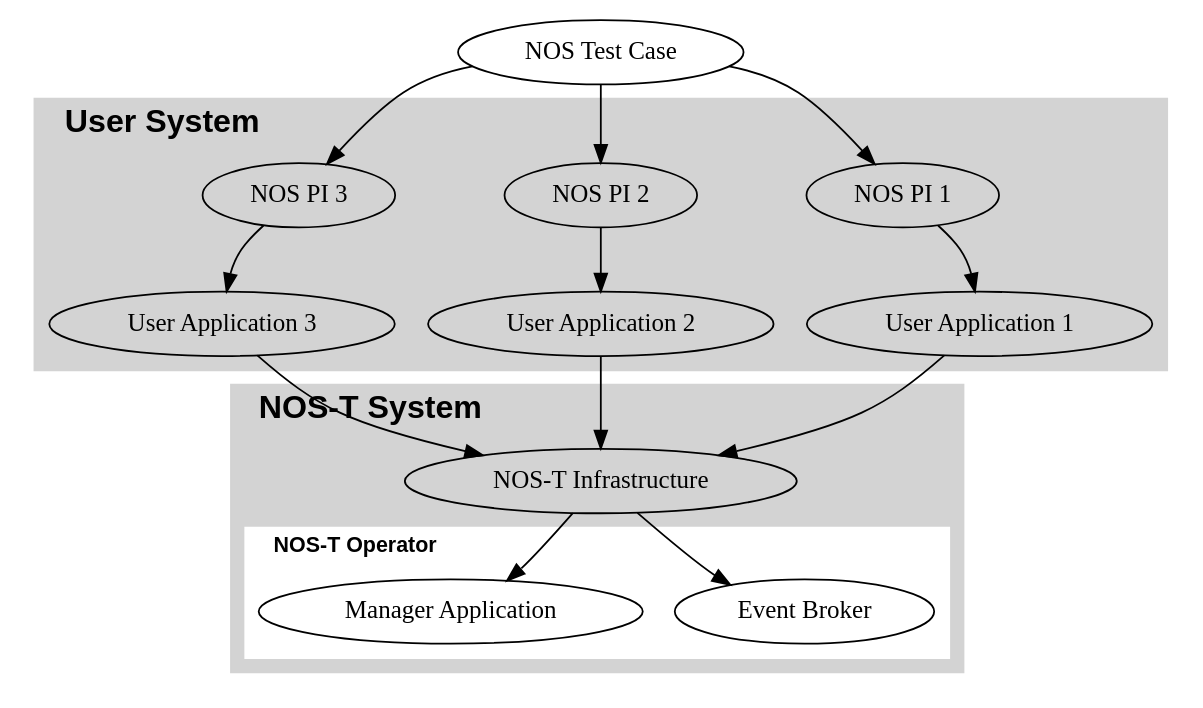
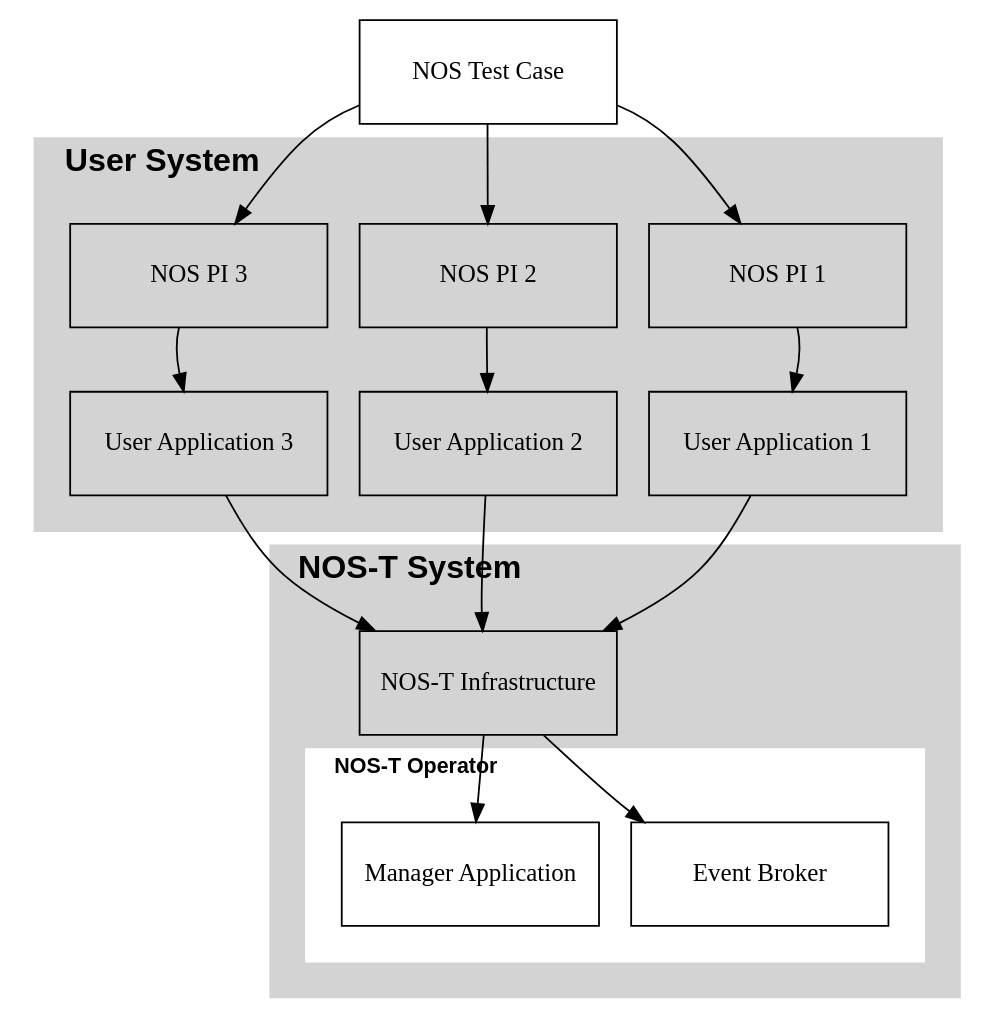
Before and after one commit to code-lab-org/nost-tools: the diagram in docs/source/index.rst, drawn with Graphviz.

Commit message:
add figure caption

```diff
--- a/docs/source/index.rst
+++ b/docs/source/index.rst
@@ -21,53 +21,61 @@
 .. graphviz::
    :align: center
 
    digraph {
       splines=curved;
       overlap=false;
+
+      // Set uniform node sizes
+      node [shape=box, fixedsize=true, width=2, height=0.8];
+
       "NOS Test Case" -> "NOS PI 1";
       "NOS Test Case" -> "NOS PI 2";
       "NOS Test Case" -> "NOS PI 3";
       
       subgraph cluster0 {
          style=filled;
          color=lightgrey;
          label="User System";
          labeljust="l";
          fontsize=18;
          fontname="Helvetica-Bold";
+         margin=20; // Add margin
+         minsize="5,5"; // Specify minimum size
          
          "NOS PI 1" -> "User Application 1";
          "NOS PI 2" -> "User Application 2";
          "NOS PI 3" -> "User Application 3";
          
       }
       
       subgraph cluster1 {
          style=filled;
          color=lightgrey;
          label="NOS-T System";
          labeljust="l";
          fontsize=18;
          fontname="Helvetica-Bold";
+         margin=20; // Add margin
+         minsize="5,5"; // Specify minimum size
          
          "NOS-T Infrastructure" -> "Event Broker";
          "NOS-T Infrastructure" -> "Manager Application";
          
          subgraph cluster2 {
                style=filled;
                color=white;
                labelloc="t";
                fontsize=12;
                label="NOS-T Operator";
                
                "Event Broker";
                "Manager Application";
                
          }
          
       }
       "User Application 1" -> "NOS-T Infrastructure";
       "User Application 2" -> "NOS-T Infrastructure";
       "User Application 3" -> "NOS-T Infrastructure";
       
    }
```
